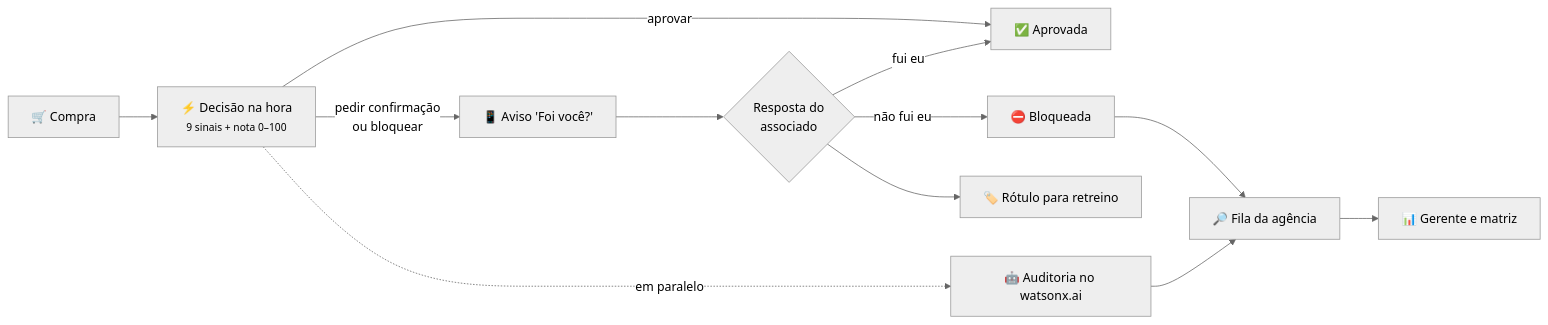
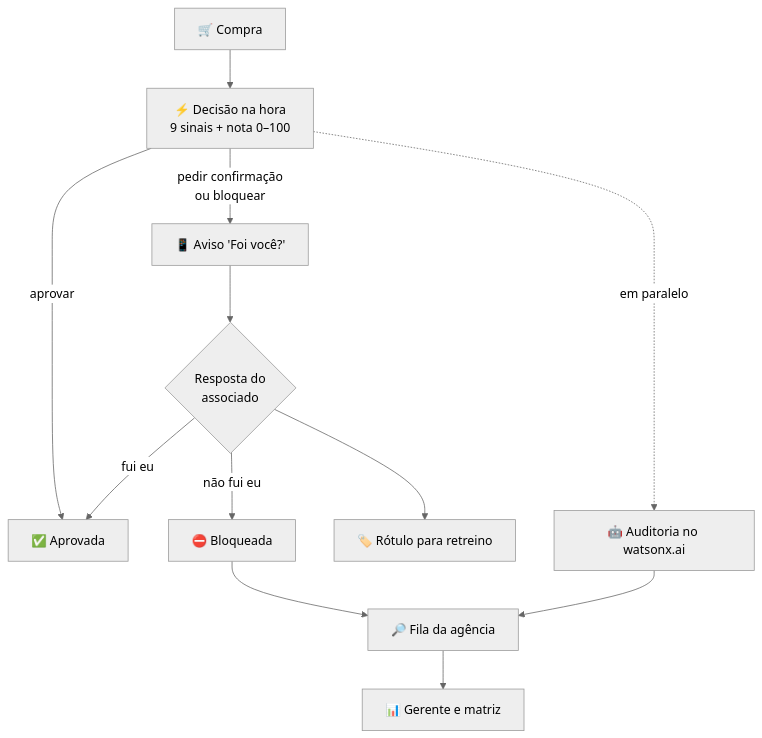
One commit to PedroMLegnaghi/Sentinela_IBM_SkillsBuildAILab_Sicredi_challenge changed the second of 15 diagrams in README.md. Above: the diagram before and after it, drawn with Mermaid (neutral theme). The commit also changed other lines of this file, not shown here.

Commit message:
docs: corrige a formatação dos diagramas do README no GitHub (#149)

````diff
--- a/README.md
+++ b/README.md
@@ -114,14 +114,14 @@
 ```mermaid
-flowchart LR
-    C["🛒 Compra"] --> D["⚡ Decisão na hora<br/><small>9 sinais + nota 0–100</small>"]
+flowchart TD
+    C["🛒 Compra"] --> D["⚡ Decisão na hora<br/>9 sinais + nota 0–100"]
     D -->|aprovar| OK["✅ Aprovada"]
     D -->|pedir confirmação<br/>ou bloquear| AV["📱 Aviso 'Foi você?'"]
     D -. em paralelo .-> IA["🤖 Auditoria no watsonx.ai"]
     AV --> R{"Resposta do<br/>associado"}
     R -->|"fui eu"| OK
     R -->|"não fui eu"| BL["⛔ Bloqueada"]
     IA --> FILA["🔎 Fila da agência"]
     BL --> FILA
     R --> ROT["🏷️ Rótulo para retreino"]
     FILA --> PAIN["📊 Gerente e matriz"]
 ```
````
